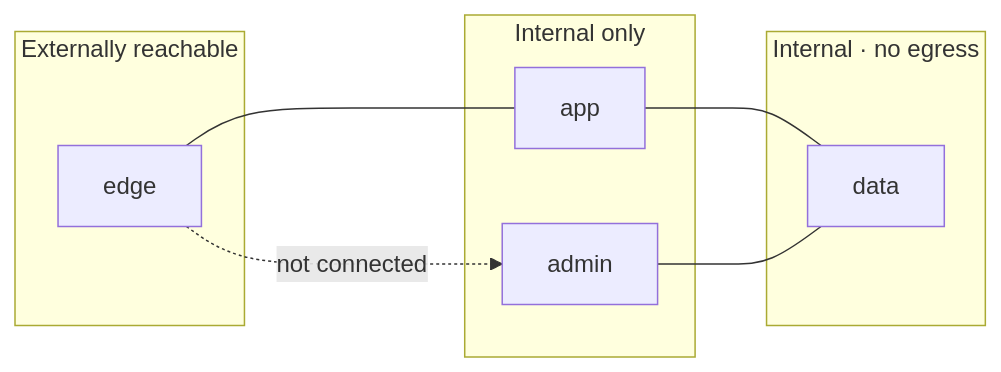
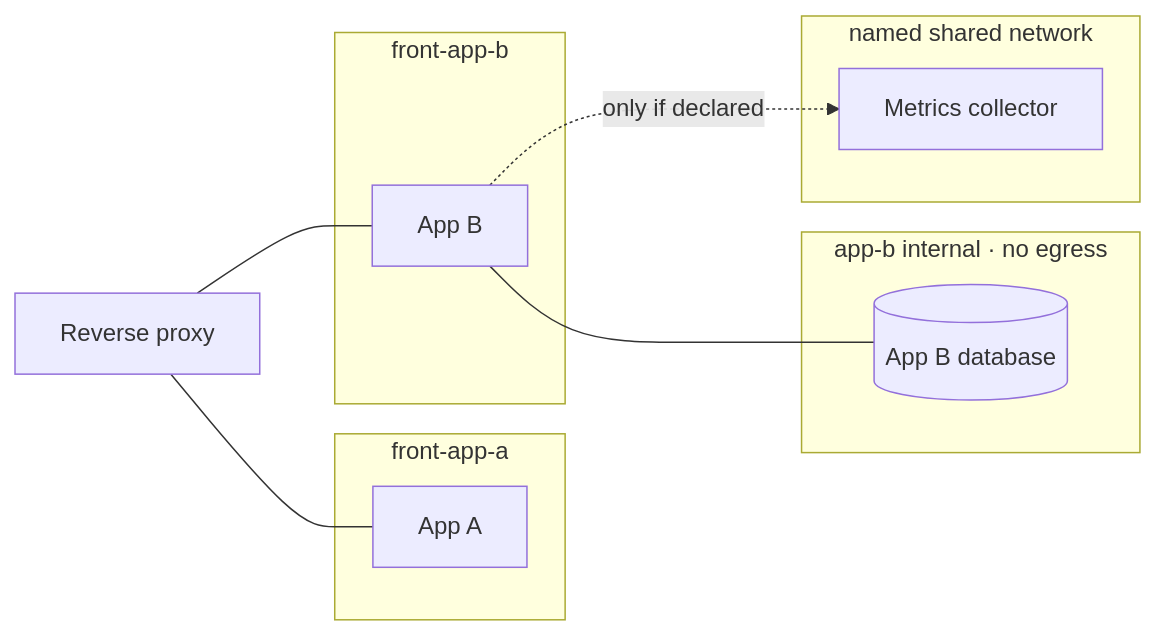
The first of 5 diagrams in docs/03-networking-and-access.md (MarioLealP/homelab-platform-blueprint), drawn with Mermaid before and after one commit. The commit also changed other lines of this file and 13 other files, not shown here.

````diff
--- a/docs/03-networking-and-access.md
+++ b/docs/03-networking-and-access.md
@@ -11,18 +15,21 @@
 ```mermaid
 flowchart LR
-    subgraph ext [Externally reachable]
-        edge[edge]
+    proxy[Reverse proxy]
+    subgraph fa [front-app-a]
+        a[App A]
     end
-    subgraph int [Internal only]
-        app[app]
-        admin[admin]
+    subgraph fb [front-app-b]
+        b[App B]
     end
-    subgraph sealed [Internal · no egress]
-        data[data]
+    subgraph bb [app-b internal · no egress]
+        bdb[(App B database)]
+    end
+    subgraph shared [named shared network]
+        m[Metrics collector]
     end
 
-    edge --- app
-    app --- data
-    admin --- data
-    edge -.->|not connected| admin
+    proxy --- a
+    proxy --- b
+    b --- bdb
+    b -.->|only if declared| m
 ```
````
